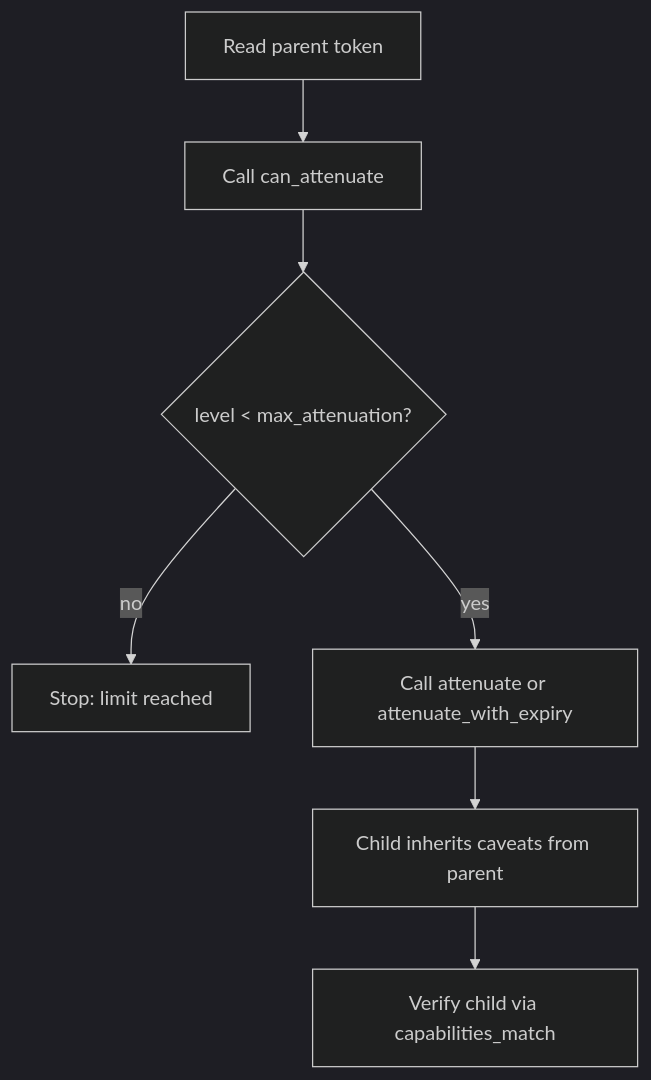
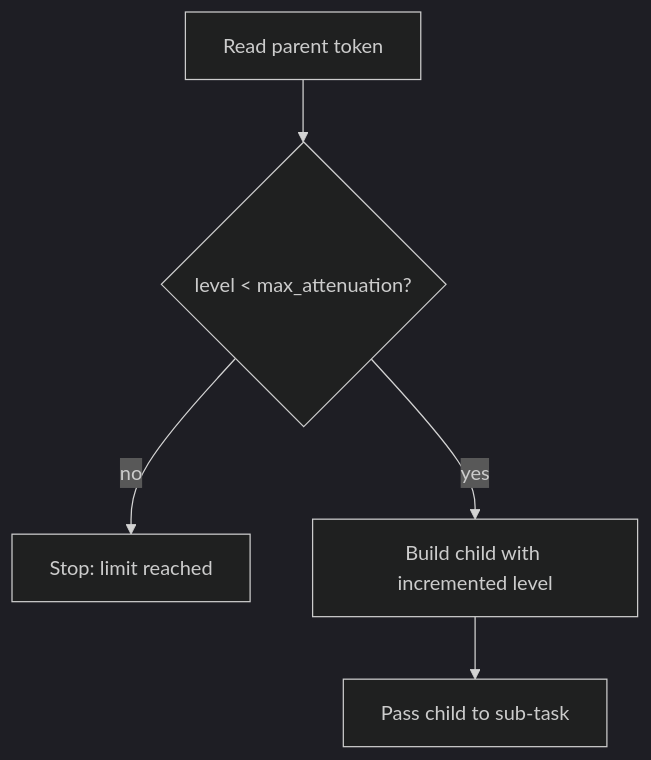
One commit to mdz-axo/zed-kask changed the diagram in kask/docs/diataxis/hkask-capability/how-to.md. Above: the diagram before and after it, drawn with Mermaid (dark theme). The commit also changed other lines of this file and 9 other files, not shown here.

````diff
--- a/kask/docs/diataxis/hkask-capability/how-to.md
+++ b/kask/docs/diataxis/hkask-capability/how-to.md
@@ -30,9 +19,7 @@
 ```mermaid
 flowchart TD
-    A[Read parent token] --> B[Call can_attenuate]
-    B --> C{level < max_attenuation?}
-    C -- no --> D[Stop: limit reached]
-    C -- yes --> E[Call attenuate or attenuate_with_expiry]
-    E --> F[Child inherits caveats from parent]
-    F --> G[Verify child via capabilities_match]
+    A[Read parent token] --> B{level < max_attenuation?}
+    B -- no --> C[Stop: limit reached]
+    B -- yes --> D[Build child with incremented level]
+    D --> E[Pass child to sub-task]
 ```
````
